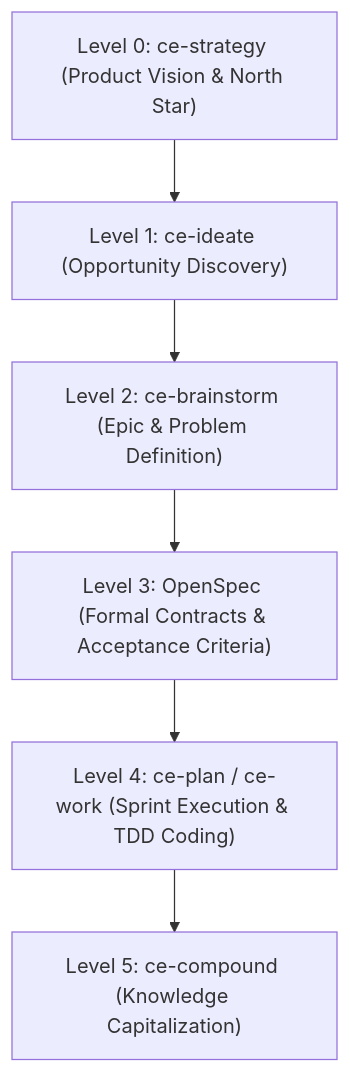
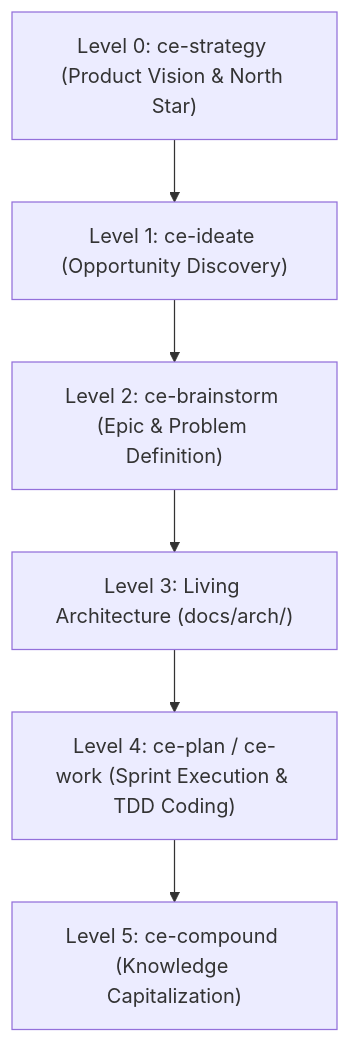
Before and after one commit to mastepanoski/ce-ai: the first of 3 diagrams in docs/user-guide/compound-engineering-workflow-explained.md, drawn with Mermaid. The commit also changed other lines of this file and 34 other files, not shown here.

First line of the commit message:
feat(arch): unify living architecture in docs/arch and decouple progress to docs/plans (#496)

````diff
--- a/docs/user-guide/compound-engineering-workflow-explained.md
+++ b/docs/user-guide/compound-engineering-workflow-explained.md
@@ -14,8 +14,8 @@
 ```mermaid
 flowchart TD
     STRATEGY["Level 0: ce-strategy (Product Vision & North Star)"] --> IDEATE["Level 1: ce-ideate (Opportunity Discovery)"]
     IDEATE --> BRAINSTORM["Level 2: ce-brainstorm (Epic & Problem Definition)"]
-    BRAINSTORM --> OPENSPEC["Level 3: OpenSpec (Formal Contracts & Acceptance Criteria)"]
-    OPENSPEC --> WORK["Level 4: ce-plan / ce-work (Sprint Execution & TDD Coding)"]
+    BRAINSTORM --> ARCHITECTURE["Level 3: Living Architecture (docs/arch/)"]
+    ARCHITECTURE --> WORK["Level 4: ce-plan / ce-work (Sprint Execution & TDD Coding)"]
     WORK --> COMPOUND["Level 5: ce-compound (Knowledge Capitalization)"]
 ```
````
